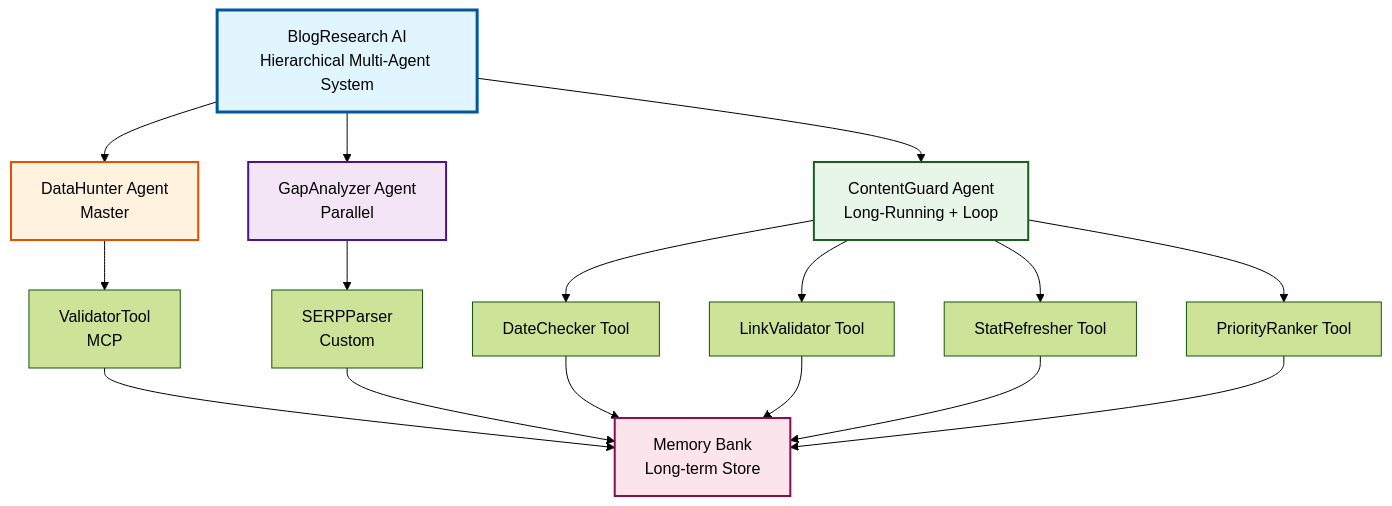
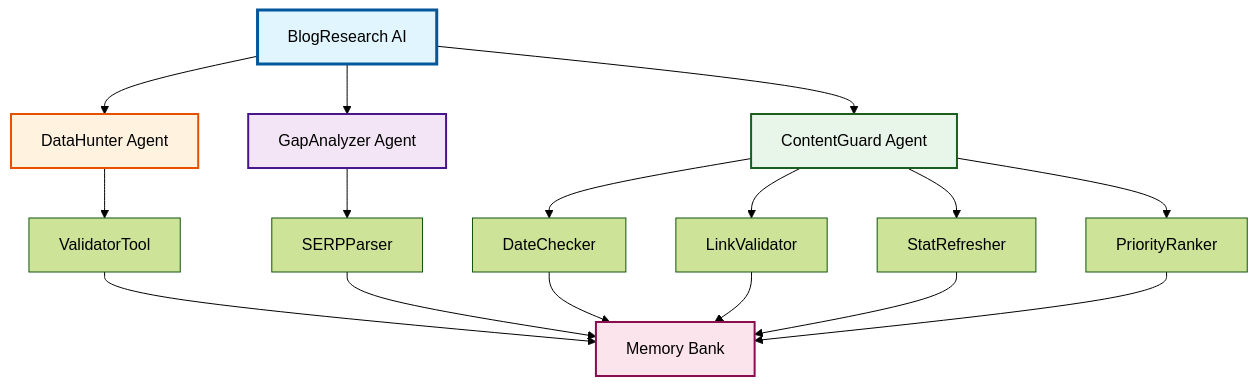
Before and after one commit to vishvjit18/From-10-to-2-The-AI-Agent-That-Writes-Enterprise-Blogs-5x-Faster: the diagram in README.md, drawn with Mermaid (forest theme).

Commit message:
minor changes

````diff
--- a/README.md
+++ b/README.md
@@ -27,26 +27,26 @@
 ```mermaid
 flowchart TD
-    A[BlogResearch AI<br/>Hierarchical Multi-Agent System] --> B[DataHunter Agent<br/>Master]
-    A --> C[GapAnalyzer Agent<br/>Parallel]
-    A --> D[ContentGuard Agent<br/>Long-Running + Loop]
+    A[BlogResearch AI] --> B[DataHunter Agent]
+    A --> C[GapAnalyzer Agent]
+    A --> D[ContentGuard Agent]
     
-    B --> E[ValidatorTool<br/>MCP]
-    C --> F[SERPParser<br/>Custom]
-    D --> G[DateChecker Tool]
-    D --> H[LinkValidator Tool]
-    D --> I[StatRefresher Tool]
-    D --> J[PriorityRanker Tool]
+    B --> E[ValidatorTool]
+    C --> F[SERPParser]
+    D --> G[DateChecker]
+    D --> H[LinkValidator]
+    D --> I[StatRefresher]
+    D --> J[PriorityRanker]
     
-    E --> K[Memory Bank<br/>Long-term Store]
+    E --> K[Memory Bank]
     F --> K
     G --> K
     H --> K
     I --> K
     J --> K
     
     style A fill:#e1f5ff,stroke:#01579b,stroke-width:3px
     style B fill:#fff3e0,stroke:#e65100,stroke-width:2px
     style C fill:#f3e5f5,stroke:#4a148c,stroke-width:2px
     style D fill:#e8f5e9,stroke:#1b5e20,stroke-width:2px
     style K fill:#fce4ec,stroke:#880e4f,stroke-width:2px
 ```
````
